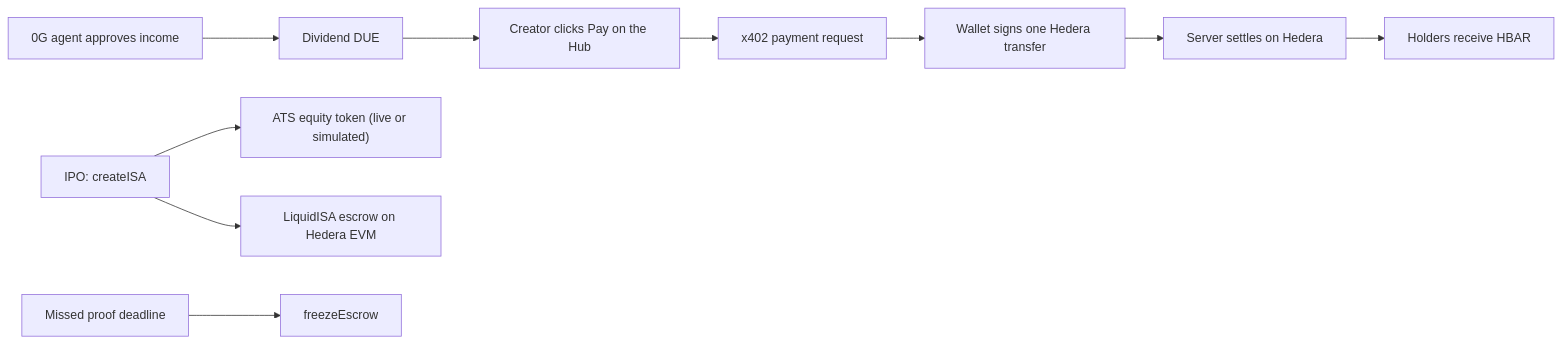
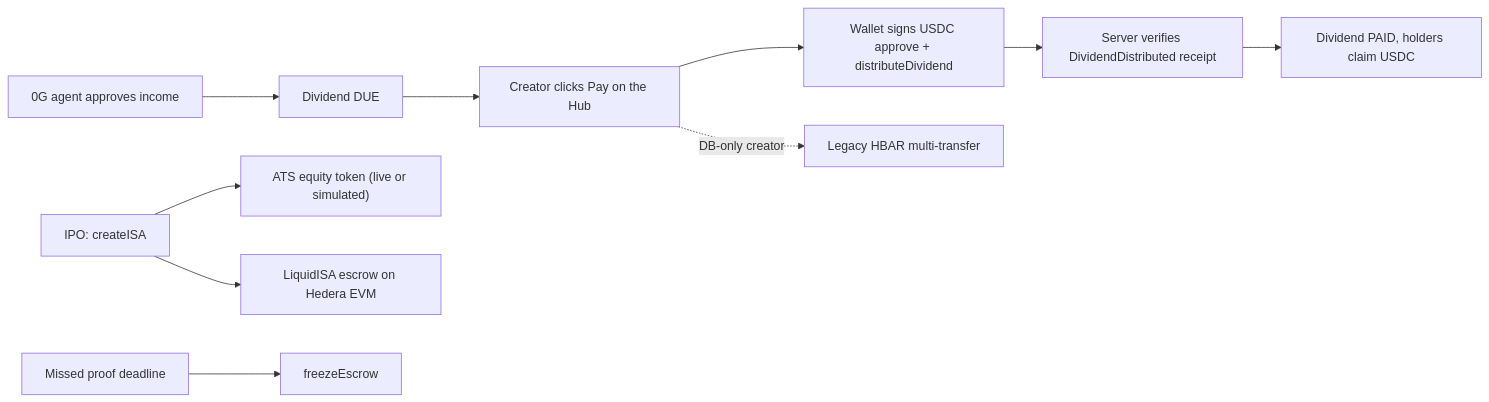
The first of 2 diagrams in docs/integrations/hedera.md (predatorx7/stakeme-ex), drawn with Mermaid before and after one commit. The commit also changed other lines of this file and 14 other files, not shown here.

Commit message:
Update docs for USDC dividend claims, low-month approvals and the stake rule

````diff
--- a/docs/integrations/hedera.md
+++ b/docs/integrations/hedera.md
@@ -23,12 +24,12 @@
 ```mermaid
 flowchart LR
 	A["0G agent approves income"] --> B["Dividend DUE"]
 	B --> C["Creator clicks Pay on the Hub"]
-	C --> D["x402 payment request"]
-	D --> E["Wallet signs one Hedera transfer"]
-	E --> F["Server settles on Hedera"]
-	F --> G["Holders receive HBAR"]
+	C --> D["Wallet signs USDC approve + distributeDividend"]
+	D --> E["Server verifies DividendDistributed receipt"]
+	E --> F["Dividend PAID, holders claim USDC"]
+	C -.->|"DB-only creator"| G["Legacy HBAR multi-transfer"]
 	H["IPO: createISA"] --> I["ATS equity token (live or simulated)"]
 	H --> J["LiquidISA escrow on Hedera EVM"]
 	K["Missed proof deadline"] --> L["freezeEscrow"]
 ```
````
